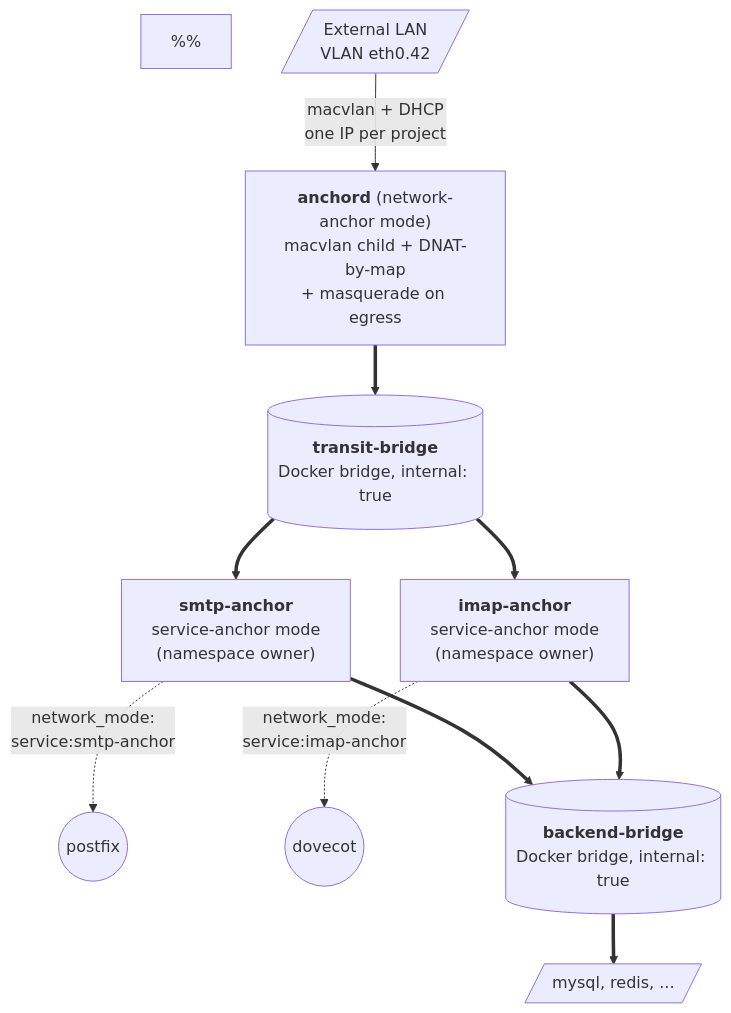
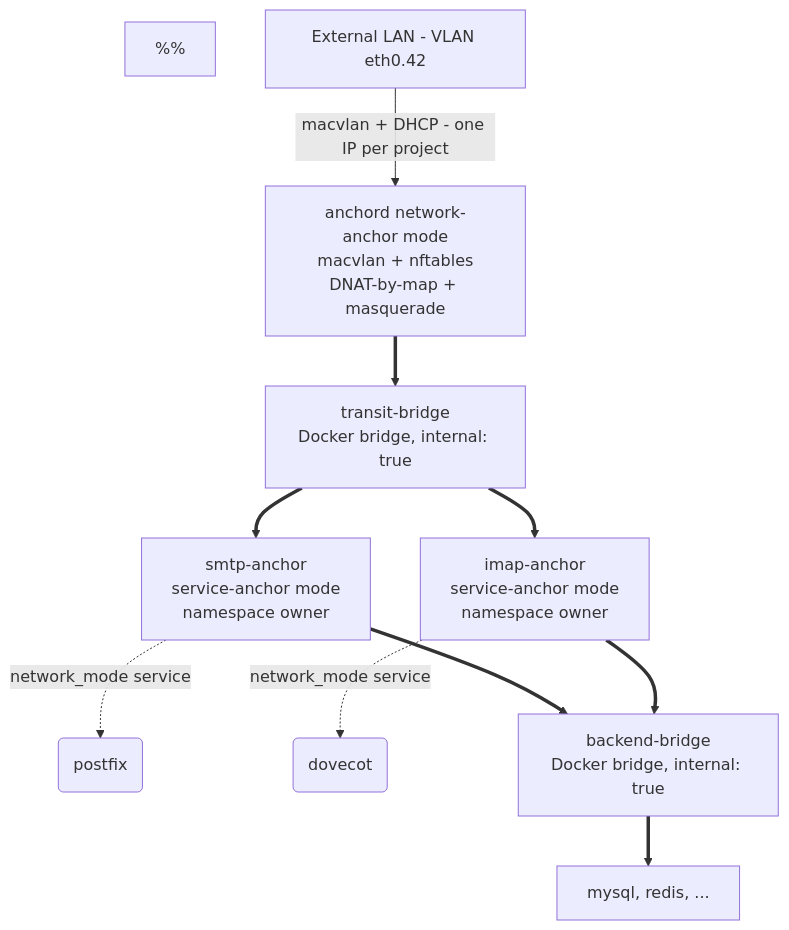
One commit to AlexCherrypi/anchord changed the diagram in README.md. Above: the diagram before and after it, drawn with Mermaid.

Commit message:
Simplify Mermaid diagram syntax
The previous version used HTML tags inside node labels (`<b>`,
`<br/>`) and special characters that GitHub's Mermaid renderer
silently failed to parse — fallback content shown but no SVG.

Switch to plain Mermaid — `<br>` (without close-slash) for line
breaks, no bold tags, no fancy quoted labels with colons. Comments
moved out of HTML-encoded `&lt;anchor&gt;` form.

````diff
--- a/README.md
+++ b/README.md
@@ -170,51 +170,30 @@
 ```mermaid
 flowchart TD
-    %% Three roles in vertical layers:
-    %%   LAN  ->  network-anchor (anchord)  ->  transit-bridge
-    %%        ->  service-anchors (+ app containers via netns share)
-    %%        ->  backend-bridge  ->  DBs
+    %% Three roles in vertical layers: LAN -> network-anchor ->
+    %% transit-bridge -> service-anchors (+ app containers joined
+    %% via netns share) -> backend-bridge -> DBs.
     %%
-    %% Edge styles:
-    %%   solid arrow  =  traffic flow
-    %%   thick arrow  =  membership in a Docker bridge
-    %%   dashed arrow =  netns share via network_mode:service:<anchor>
+    %% Edge styles: solid arrow = traffic flow,
+    %% thick arrow = membership in a Docker bridge,
+    %% dashed arrow = netns share via network_mode service.
 
-    %% External entry: VLAN sub-interface on the host. The whole
-    %% project gets ONE IP via DHCP on this VLAN.
-    LAN[/"External LAN<br/>VLAN eth0.42"/]
+    LAN[External LAN - VLAN eth0.42]
+    Anchord[anchord network-anchor mode<br>macvlan + nftables<br>DNAT-by-map + masquerade]
+    Transit[transit-bridge<br>Docker bridge, internal: true]
+    Smtp[smtp-anchor<br>service-anchor mode<br>namespace owner]
+    Imap[imap-anchor<br>service-anchor mode<br>namespace owner]
+    Postfix(postfix)
+    Dovecot(dovecot)
+    Backend[backend-bridge<br>Docker bridge, internal: true]
+    DBs[mysql, redis, ...]
 
-    %% Network-anchor: holds the macvlan child, runs the DHCP
-    %% client, owns the nftables NAT state. One per project.
-    Anchord["<b>anchord</b> (network-anchor mode)<br/>macvlan child + DNAT-by-map<br/>+ masquerade on egress"]
-
-    %% Transit bridge: where the network-anchor and all
-    %% service-anchors meet. internal:true so Docker's
-    %% own MASQUERADE doesn't meddle with our paths.
-    Transit[("<b>transit-bridge</b><br/>Docker bridge, internal: true")]
-
-    %% Service-anchors: own a netns, maintain a default route
-    %% to the network-anchor, serve as namespace targets for
-    %% application containers via network_mode: service:&lt;anchor&gt;.
-    Smtp["<b>smtp-anchor</b><br/>service-anchor mode<br/>(namespace owner)"]
-    Imap["<b>imap-anchor</b><br/>service-anchor mode<br/>(namespace owner)"]
-
-    %% Application containers - share the SA's netns,
-    %% no own IP, no own MAC. Just processes in a borrowed namespace.
-    Postfix(("postfix"))
-    Dovecot(("dovecot"))
-
-    %% Backend bridge: shared L2 for SAs to reach DBs.
-    %% Backend services never see the transit network.
-    Backend[("<b>backend-bridge</b><br/>Docker bridge, internal: true")]
-    DBs[/"mysql, redis, ..."/]
-
-    LAN -->|"macvlan + DHCP<br/>one IP per project"| Anchord
+    LAN -->|macvlan + DHCP - one IP per project| Anchord
     Anchord ==> Transit
     Transit ==> Smtp
     Transit ==> Imap
-    Smtp -.->|"network_mode:<br/>service:smtp-anchor"| Postfix
-    Imap -.->|"network_mode:<br/>service:imap-anchor"| Dovecot
+    Smtp -.->|network_mode service| Postfix
+    Imap -.->|network_mode service| Dovecot
     Smtp ==> Backend
     Imap ==> Backend
     Backend ==> DBs
 ```
````
